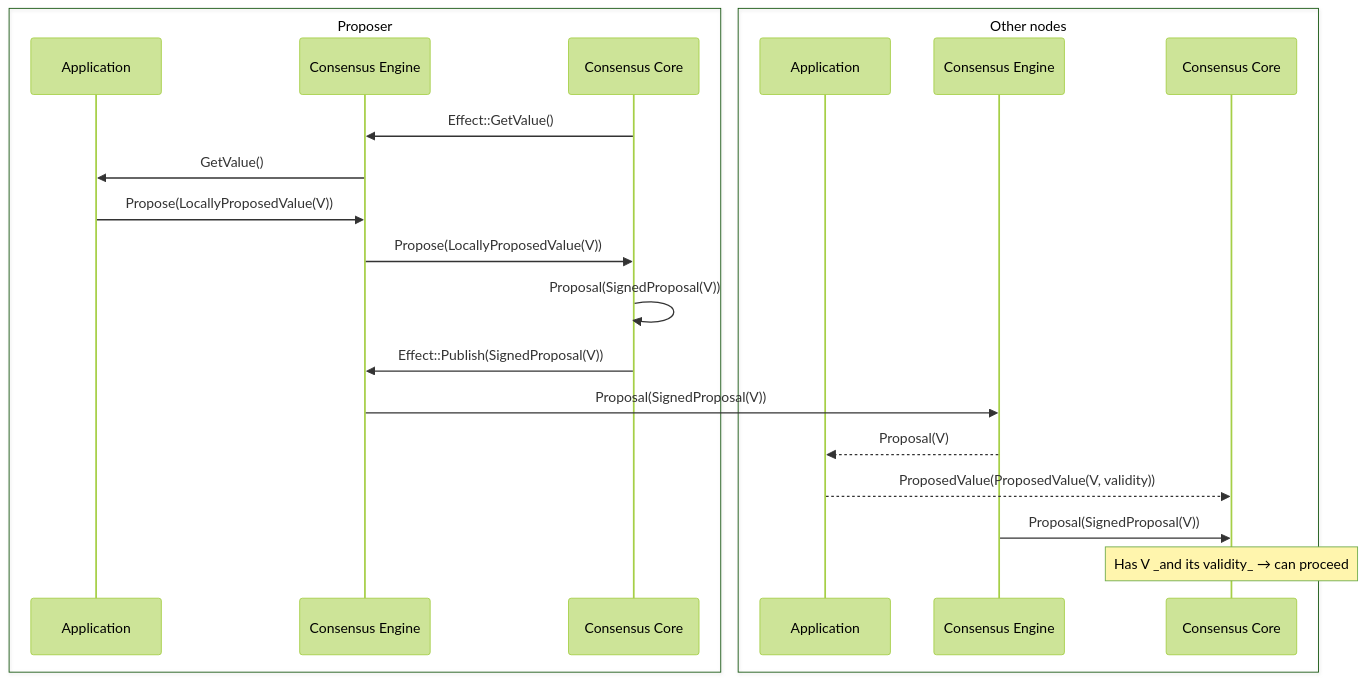
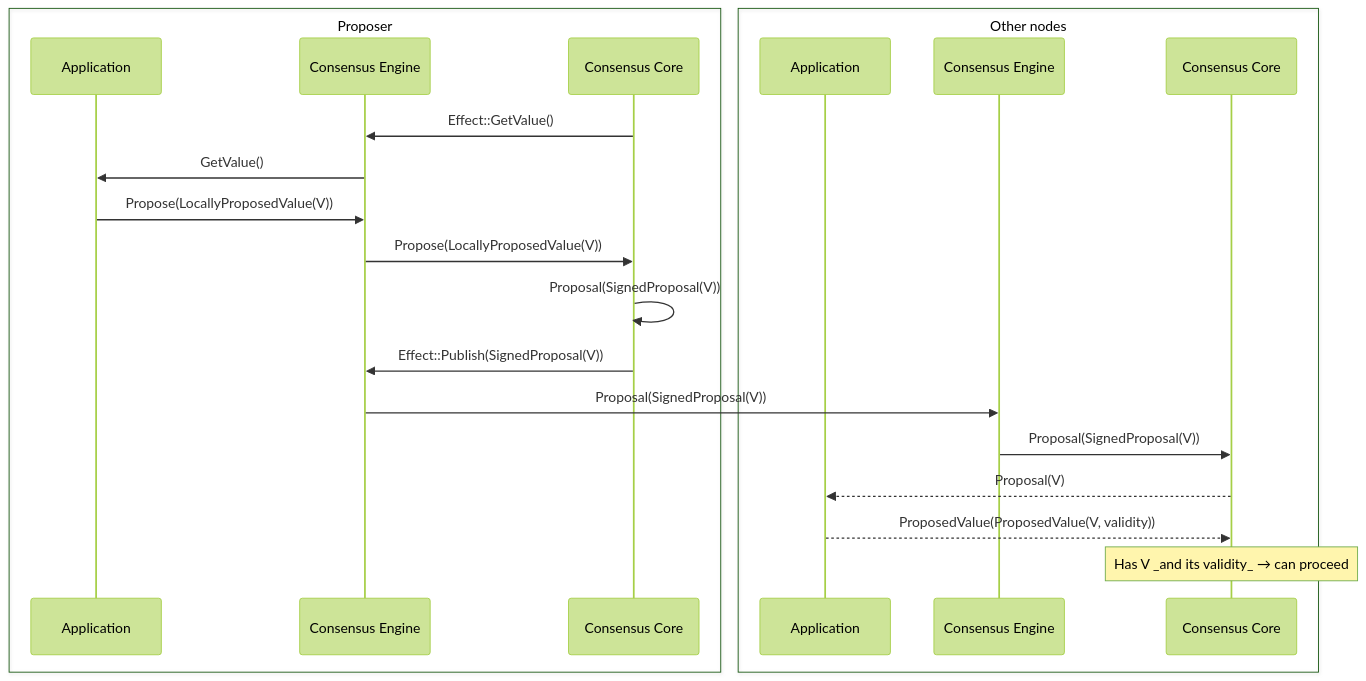
The first of 3 diagrams in docs/architecture/adr-003-values-propagation.md (circlefin/malachite), drawn with Mermaid (forest theme) before and after one commit.

Commit message:
Generate proposal for PartsOnly in the engine

````diff
--- a/docs/architecture/adr-003-values-propagation.md
+++ b/docs/architecture/adr-003-values-propagation.md
@@ -162,29 +162,29 @@
 ```mermaid
 sequenceDiagram
     box Proposer
       participant A1 as Application
       participant E1 as Consensus Engine
       participant C1 as Consensus Core
     end
 
     box Other nodes
       participant A2 as Application
       participant E2 as Consensus Engine
       participant C2 as Consensus Core
     end
 
     C1->>E1: Effect::GetValue()
     E1->>A1: GetValue()
     A1->>E1: Propose(LocallyProposedValue(V))
     E1->>C1: Propose(LocallyProposedValue(V))
     C1->>C1: Proposal(SignedProposal(V))
     C1->>E1: Effect::Publish(SignedProposal(V))
     E1->>E2: Proposal(SignedProposal(V))
 
-    E2-->>A2: Proposal(V)
+    E2->>C2: Proposal(SignedProposal(V))
+    C2-->>A2: Proposal(V)
     A2-->>C2: ProposedValue(ProposedValue(V, validity))
-    E2->>C2: Proposal(SignedProposal(V))
 
     Note over C2: Has V _and its validity_ → can proceed
 
 ```
````
